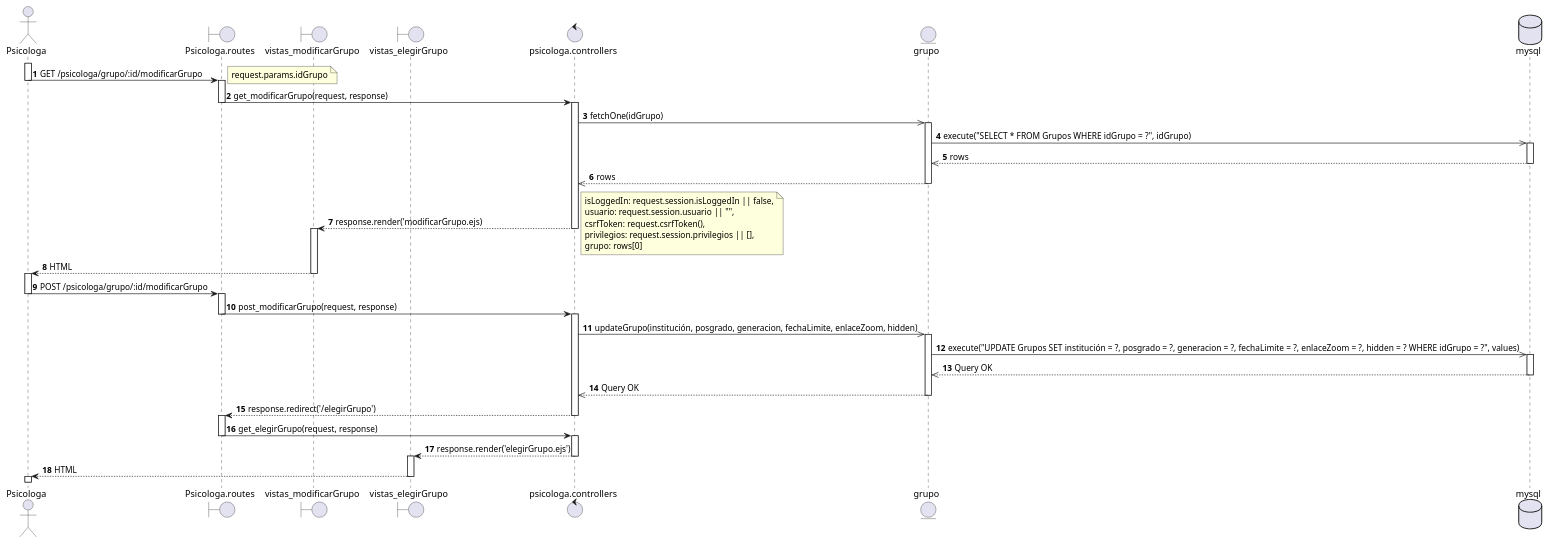
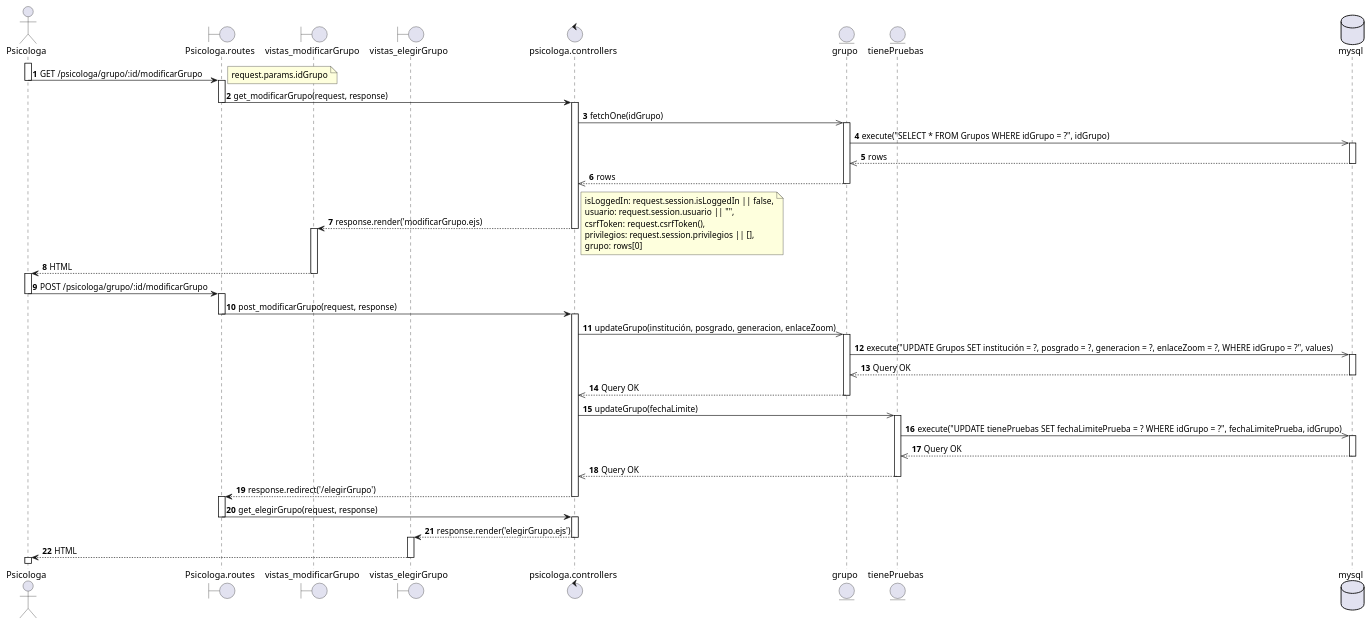
The diagram in uml/secuencia/modifcarGrupo14.puml (nicoleum17/TestInsightDX), drawn with PlantUML before and after one commit. The commit also changed 5 other files, not shown here.

```diff
--- a/uml/secuencia/modifcarGrupo14.puml
+++ b/uml/secuencia/modifcarGrupo14.puml
@@ -1,70 +1,80 @@
 @startuml modificarGrupo 14
 actor Psicologa as a1
 boundary Psicologa.routes as a2
 boundary vistas_modificarGrupo as a3
 boundary vistas_elegirGrupo as a7
 control psicologa.controllers as a4
 entity grupo as a5
+entity tienePruebas as a8
 database mysql as a6
 
 autonumber
 activate a1
 a1 -> a2: GET /psicologa/grupo/:id/modificarGrupo
 note right
 request.params.idGrupo
 end note
 deactivate a1
 activate a2
 a2 -> a4: get_modificarGrupo(request, response)
 deactivate a2
 activate a4
 a4 ->>  a5: fetchOne(idGrupo)
 activate a5
 a5 ->> a6: execute("SELECT * FROM Grupos WHERE idGrupo = ?", idGrupo)
 activate a6
 a6 -->> a5: rows
 deactivate a6
 a5-->> a4 : rows
 deactivate a5
 a4 --> a3: response.render('modificarGrupo.ejs)
 note right
       isLoggedIn: request.session.isLoggedIn || false,
       usuario: request.session.usuario || "",
       csrfToken: request.csrfToken(),
       privilegios: request.session.privilegios || [],
       grupo: rows[0]
 end note
 deactivate a4
 activate a3
 a3 --> a1: HTML
 deactivate a3
 activate a1
 a1 -> a2: POST /psicologa/grupo/:id/modificarGrupo
 deactivate a1
 activate a2
 a2 -> a4: post_modificarGrupo(request, response)
 deactivate a2
 activate a4
-a4 ->> a5: updateGrupo(institución, posgrado, generacion, fechaLimite, enlaceZoom, hidden)
+a4 ->> a5: updateGrupo(institución, posgrado, generacion, enlaceZoom)
 activate a5 
-a5 ->> a6: execute("UPDATE Grupos SET institución = ?, posgrado = ?, generacion = ?, fechaLimite = ?, enlaceZoom = ?, hidden = ? WHERE idGrupo = ?", values)
+a5 ->> a6: execute("UPDATE Grupos SET institución = ?, posgrado = ?, generacion = ?, enlaceZoom = ?, WHERE idGrupo = ?", values)
 activate a6
 a6 -->> a5: Query OK
 deactivate a6
 a5 -->> a4: Query OK
 deactivate a5
+a4 ->> a8: updateGrupo(fechaLimite)
+activate a8
+a8 ->> a6: execute("UPDATE tienePruebas SET fechaLimitePrueba = ? WHERE idGrupo = ?", fechaLimitePrueba, idGrupo)
+activate a6
+a6 -->> a8: Query OK
+deactivate a6
+a8 -->> a4: Query OK
+deactivate a8
+
 a4 --> a2: response.redirect('/elegirGrupo')
 deactivate a4
 activate a2
 a2 -> a4: get_elegirGrupo(request, response)
 deactivate a2
 activate a4
 a4 --> a7: response.render('elegirGrupo.ejs') 
 deactivate a4
 activate a7
 a7 --> a1: HTML
 deactivate a7
 activate a1
 
 
 @enduml
```
